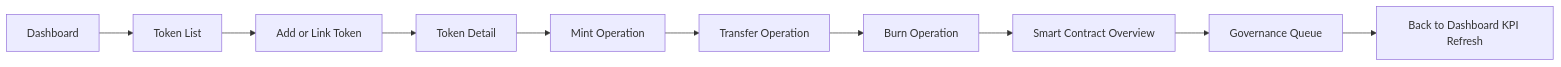
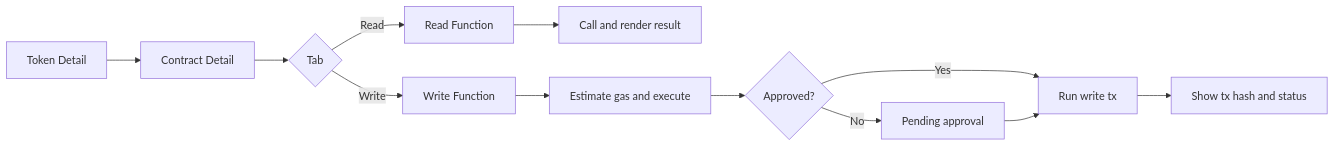
One commit to jaerius/tokenization_demo changed the sixth of 7 diagrams in docs/UserFlow.md. Above: the diagram before and after it, drawn with Mermaid. The commit also changed other lines of this file and 11 other files, not shown here.

````diff
--- a/docs/UserFlow.md
+++ b/docs/UserFlow.md
@@ -51,12 +237,14 @@
 ```mermaid
 flowchart LR
-    A[Dashboard] --> B[Token List]
-    B --> C[Add or Link Token]
-    C --> D[Token Detail]
-    D --> E[Mint Operation]
-    E --> F[Transfer Operation]
-    F --> G[Burn Operation]
-    G --> H[Smart Contract Overview]
-    H --> I[Governance Queue]
-    I --> J[Back to Dashboard KPI Refresh]
+    A[Token Detail] --> B[Contract Detail]
+    B --> C{Tab}
+    C -->|Read| D[Read Function]
+    C -->|Write| E[Write Function]
+    D --> F[Call and render result]
+    E --> G[Estimate gas and execute]
+    G --> H{Approved?}
+    H -->|No| I[Pending approval]
+    H -->|Yes| J[Run write tx]
+    I --> J
+    J --> K[Show tx hash and status]
 ```
````
